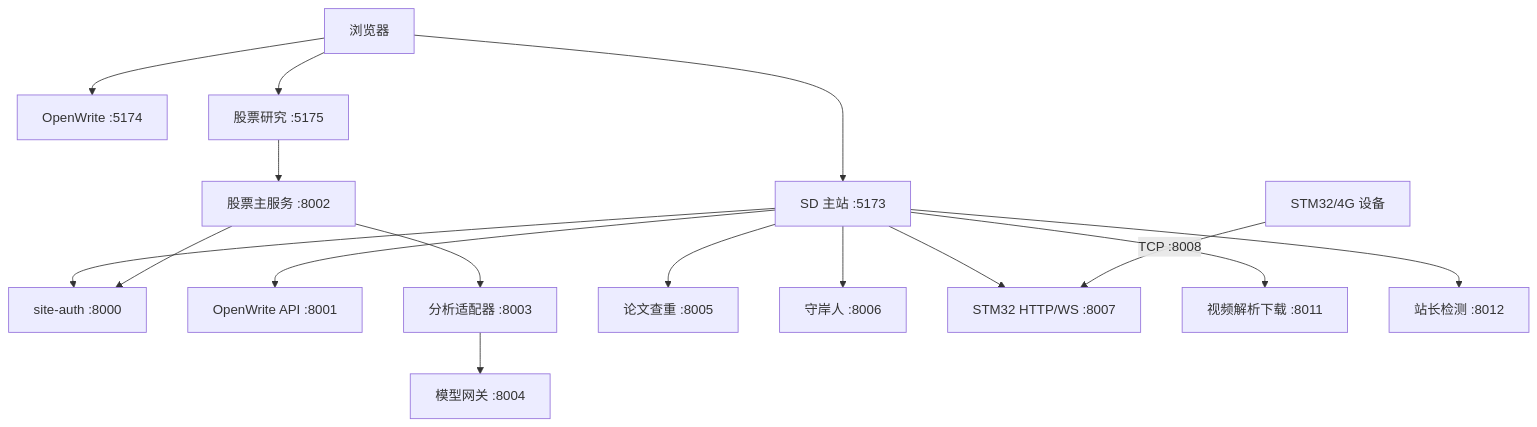
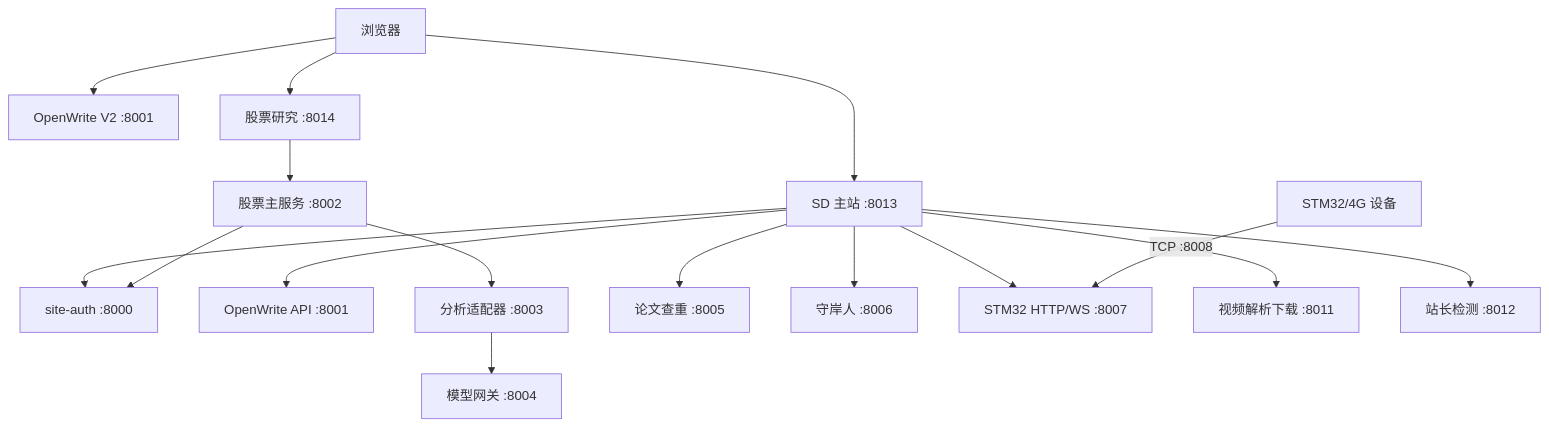
One commit to yunxigy/Star-Dominion changed the diagram in README.md. Above: the diagram before and after it, drawn with Mermaid. The commit also changed other lines of this file and 42 other files, not shown here.

````diff
--- a/README.md
+++ b/README.md
@@ -207,19 +206,19 @@
 ```mermaid
 flowchart TB
-    Browser["浏览器"] --> SD["SD 主站 :5173"]
-    Browser --> OWUI["OpenWrite :5174"]
-    Browser --> StockUI["股票研究 :5175"]
+    Browser["浏览器"] --> SD["SD 主站 :8013"]
+    Browser --> OWUI["OpenWrite V2 :8001"]
+    Browser --> StockUI["股票研究 :8014"]
 
     SD --> Auth["site-auth :8000"]
     SD --> OpenWrite["OpenWrite API :8001"]
     StockUI --> StockHub["股票主服务 :8002"]
     StockHub --> Auth
     StockHub --> Analysis["分析适配器 :8003"]
     Analysis --> Gateway["模型网关 :8004"]
     SD --> Plagiarism["论文查重 :8005"]
     SD --> ShouAnRen["守岸人 :8006"]
     SD --> STM32["STM32 HTTP/WS :8007"]
     SD --> Video["视频解析下载 :8011"]
     SD --> Webmaster["站长检测 :8012"]
     Device["STM32/4G 设备"] -->|"TCP :8008"| STM32
 ```
````
